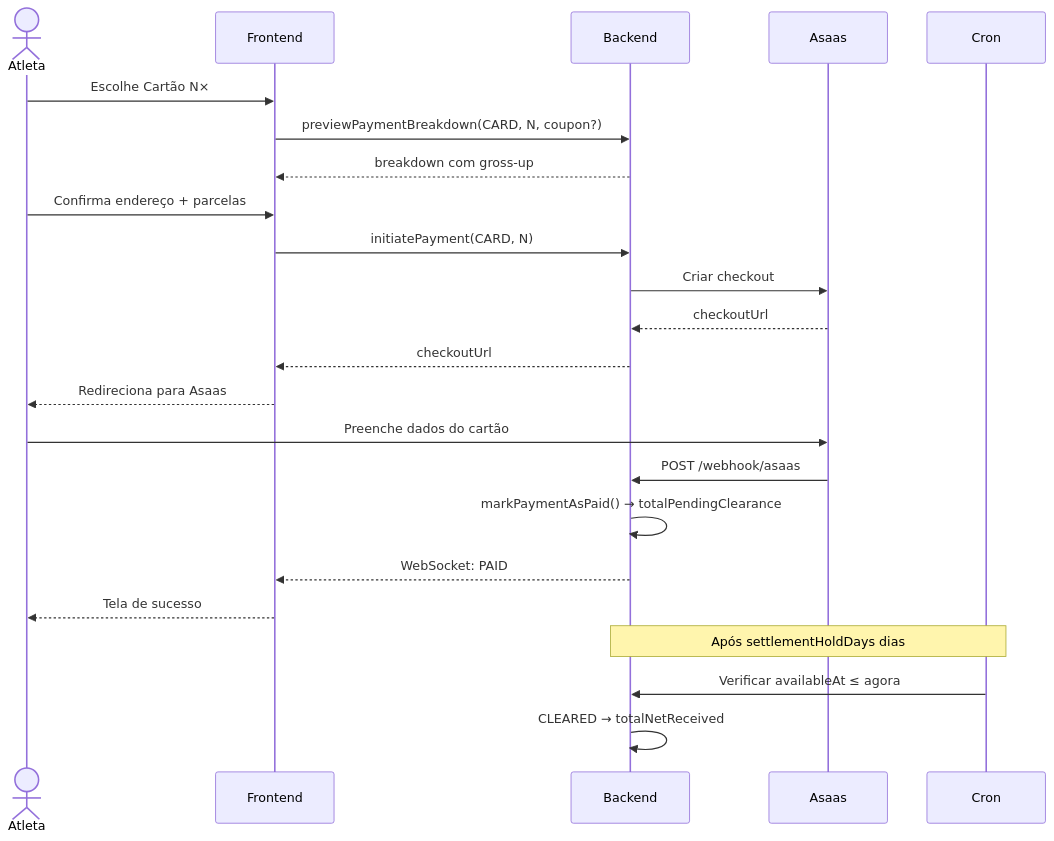
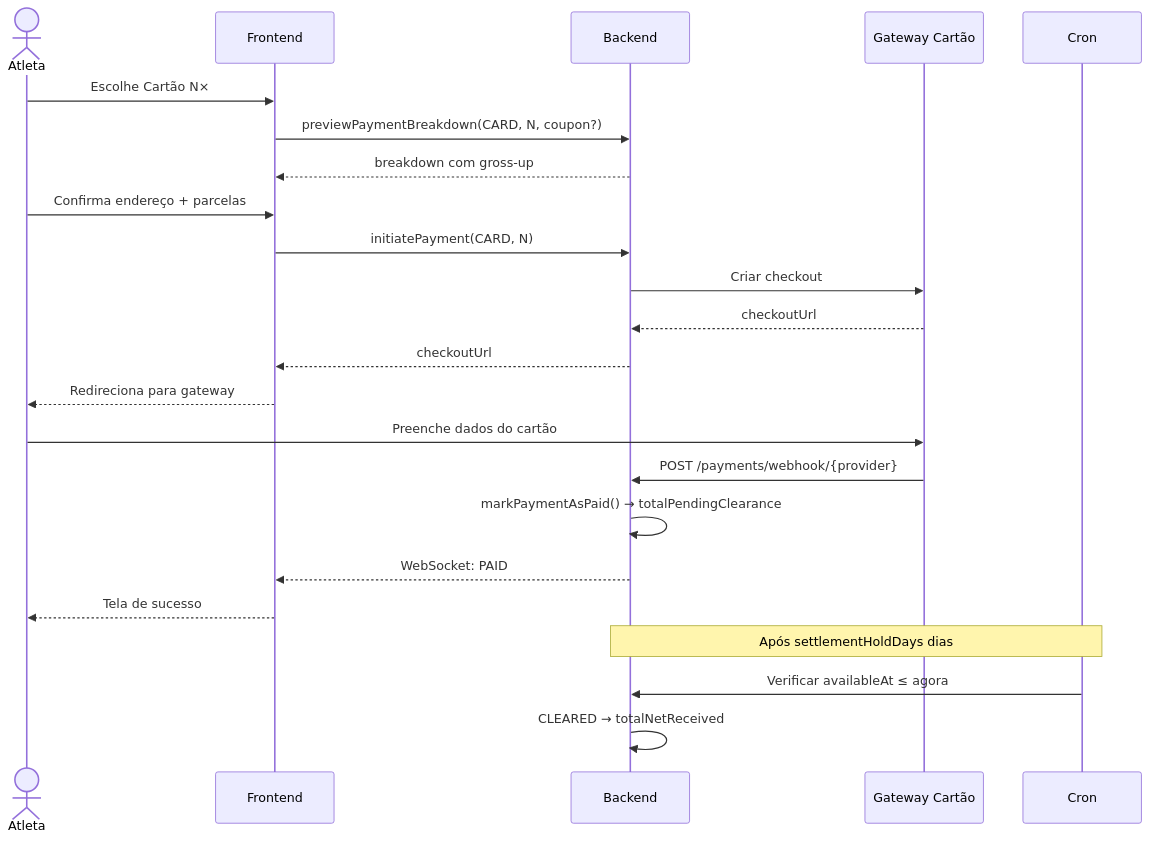
One commit to israelvcb/passogiro-mintlify-docs changed the third of 6 diagrams in sistema/fluxo-pagamento.mdx. Above: the diagram before and after it, drawn with Mermaid. The commit also changed other lines of this file and 7 other files, not shown here.

````diff
--- a/sistema/fluxo-pagamento.mdx
+++ b/sistema/fluxo-pagamento.mdx
@@ -138,26 +138,26 @@
     ```mermaid
     sequenceDiagram
       actor Atleta
       participant FE as Frontend
       participant BE as Backend
-      participant Asaas
+      participant GW as Gateway Cartão
       participant Cron
 
       Atleta->>FE: Escolhe Cartão N×
       FE->>BE: previewPaymentBreakdown(CARD, N, coupon?)
       BE-->>FE: breakdown com gross-up
       Atleta->>FE: Confirma endereço + parcelas
       FE->>BE: initiatePayment(CARD, N)
-      BE->>Asaas: Criar checkout
-      Asaas-->>BE: checkoutUrl
+      BE->>GW: Criar checkout
+      GW-->>BE: checkoutUrl
       BE-->>FE: checkoutUrl
-      FE-->>Atleta: Redireciona para Asaas
-      Atleta->>Asaas: Preenche dados do cartão
-      Asaas->>BE: POST /webhook/asaas
+      FE-->>Atleta: Redireciona para gateway
+      Atleta->>GW: Preenche dados do cartão
+      GW->>BE: POST /payments/webhook/{provider}
       BE->>BE: markPaymentAsPaid() → totalPendingClearance
       BE-->>FE: WebSocket: PAID
       FE-->>Atleta: Tela de sucesso
       Note over Cron,BE: Após settlementHoldDays dias
       Cron->>BE: Verificar availableAt ≤ agora
       BE->>BE: CLEARED → totalNetReceived
     ```
````
